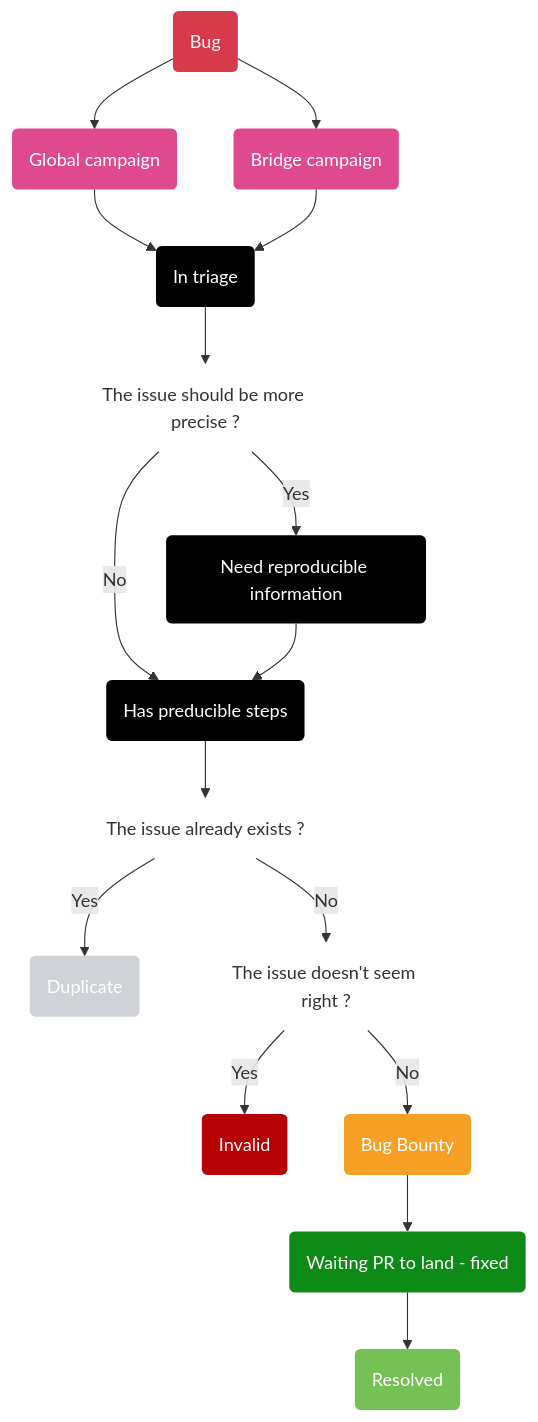
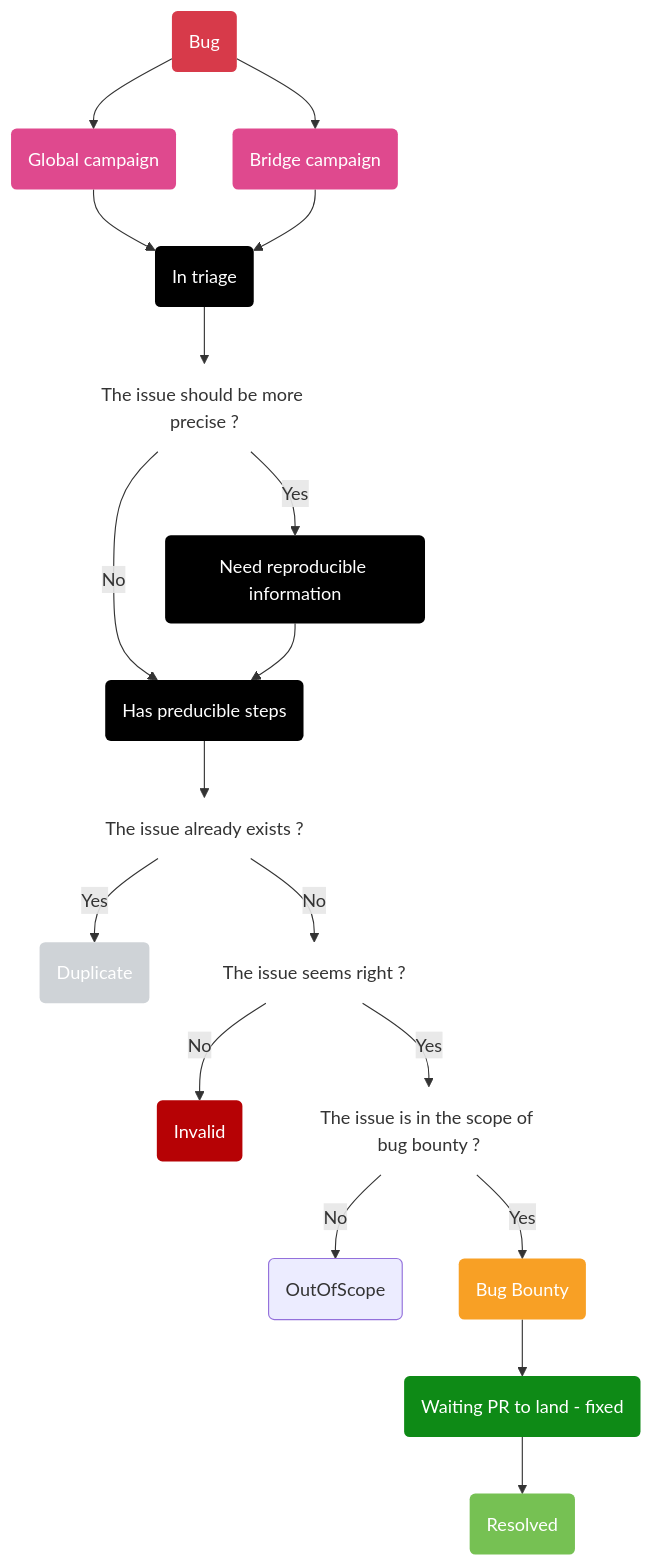
The diagram in README.md (archethic-foundation/bug-bounty), drawn with Mermaid before and after one commit.

````diff
--- a/README.md
+++ b/README.md
@@ -18,45 +18,49 @@
 ```mermaid
 flowchart TD
     classDef blackBox fill:#000,color:#fff,stroke: transparent
     classDef bug fill:#d73a4a,color:#fff,stroke: transparent
     classDef transparent fill:transparent,stroke: transparent
     classDef pr fill:#0E8A16,color: #fff,stroke: transparent
     classDef resolved fill:#76C153,color: #fff,stroke: transparent
     classDef invalid fill:#B60205,color: #fff,stroke: transparent
     classDef bounty fill:#F8A025,color:#fff,stroke:transparent
     classDef duplicate fill:#cfd3d7,color:#fff,stroke:transparent
     classDef campaign fill:#DF498E,stroke:transparent,color:#fff
 
     Bug(Bug):::bug
     Triage(In triage):::blackBox
     Precise(The issue should be more precise ?):::transparent
     Reproducible(Has preducible steps):::blackBox
     NeedInfo(Need reproducible information):::blackBox
     AlreadyExists(The issue already exists ?):::transparent
     Duplicate(Duplicate):::duplicate
-    NotRight(The issue doesn't seem right ?):::transparent
+    NotRight(The issue seems right ?):::transparent
     Invalid(Invalid):::invalid
+    OutOfScope(OutOfScope):::outOfScope
+    InBugBountyScope(The issue is in the scope of bug bounty ?):::transparent
     BugBounty(Bug Bounty):::bounty
     WaitingPR(Waiting PR to land - fixed):::pr
     Resolved(Resolved):::resolved
 
     Bug --> GlobalCampaign(Global campaign):::campaign
     Bug --> BridgeCampaign(Bridge campaign):::campaign
 
     GlobalCampaign --> Triage
     BridgeCampaign --> Triage
 
     Triage-->Precise
     Precise --> | No | Reproducible
     Precise --> | Yes | NeedInfo
     NeedInfo --> Reproducible
     Reproducible --> AlreadyExists
 
     AlreadyExists --> | No | NotRight
     AlreadyExists --> | Yes | Duplicate
-    NotRight --> | Yes | Invalid
-    NotRight --> | No | BugBounty
+    NotRight --> | No | Invalid
+    NotRight --> | Yes | InBugBountyScope
+    InBugBountyScope --> | No | OutOfScope
+    InBugBountyScope --> | Yes | BugBounty
     
     BugBounty --> WaitingPR
     WaitingPR --> Resolved
 ```
````
